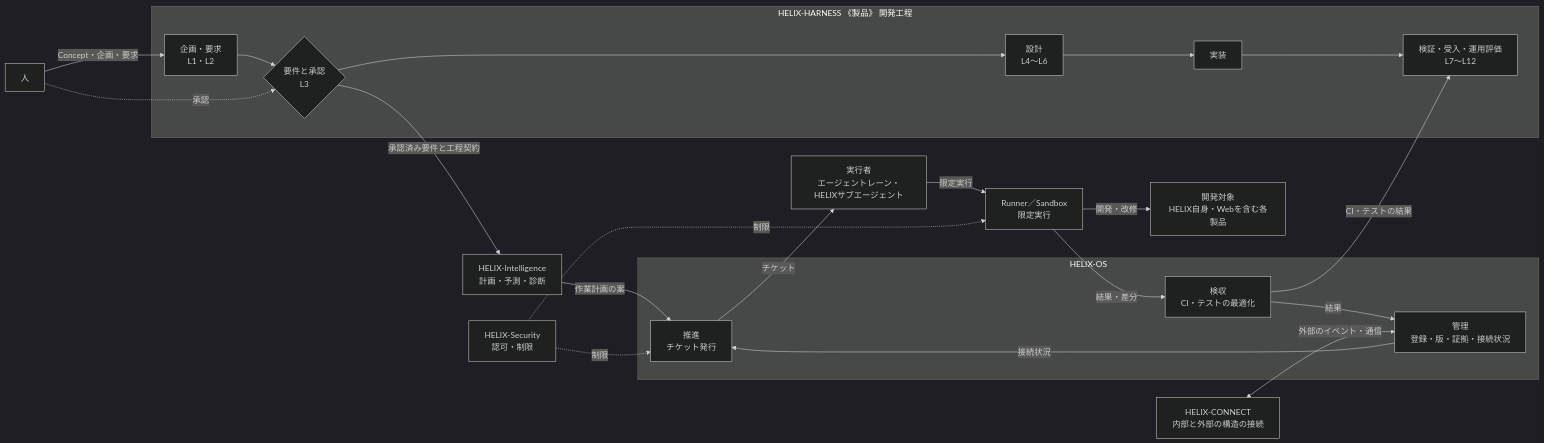
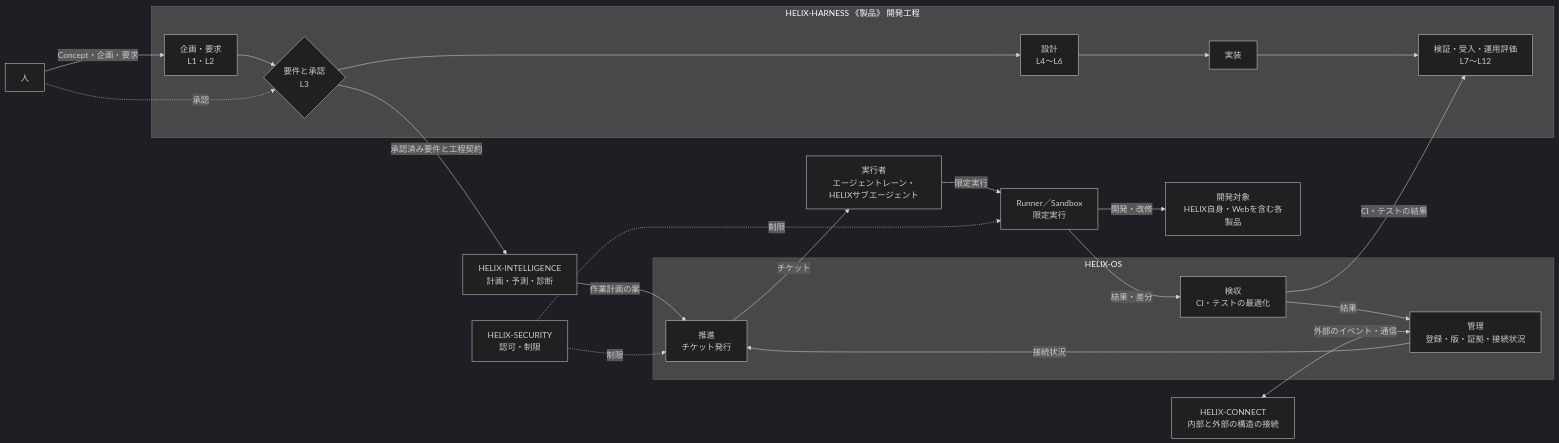
One commit to RetryYN/HELIX-HARNESS changed the second of 3 diagrams in docs/concept/helix-concept.md. Above: the diagram before and after it, drawn with Mermaid (dark theme). The commit also changed other lines of this file and 11 other files, not shown here.

````diff
--- a/docs/concept/helix-concept.md
+++ b/docs/concept/helix-concept.md
@@ -120,40 +120,40 @@
 ```mermaid
 flowchart LR
     Human["人"]
 
     subgraph PROC["HELIX-HARNESS 《製品》 開発工程"]
         REQ["企画・要求<br/>L1・L2"]
         APP{"要件と承認<br/>L3"}
         DES["設計<br/>L4〜L6"]
         IMP["実装"]
         VER["検証・受入・運用評価<br/>L7〜L12"]
         REQ --> APP --> DES --> IMP --> VER
     end
 
-    INTF["HELIX-Intelligence<br/>計画・予測・診断"]
+    INTF["HELIX-INTELLIGENCE<br/>計画・予測・診断"]
     subgraph OSG["HELIX-OS"]
         MGMT["管理<br/>登録・版・証拠・接続状況"]
         PROM["推進<br/>チケット発行"]
         ACC["検収<br/>CI・テストの最適化"]
     end
     LANES["実行者<br/>エージェントレーン・HELIXサブエージェント"]
-    SEC["HELIX-Security<br/>認可・制限"]
+    SEC["HELIX-SECURITY<br/>認可・制限"]
     RUNNER["Runner／Sandbox<br/>限定実行"]
     CONNECT["HELIX-CONNECT<br/>内部と外部の構造の接続"]
     Targets["開発対象<br/>HELIX自身・Webを含む各製品"]
 
     Human -->|Concept・企画・要求| REQ
     Human -.->|承認| APP
     APP -->|承認済み要件と工程契約| INTF
     INTF -->|作業計画の案| PROM
     MGMT -->|接続状況| PROM
     PROM -->|チケット| LANES
     LANES -->|限定実行| RUNNER
     RUNNER -->|開発・改修| Targets
     RUNNER -->|結果・差分| ACC
     ACC -->|CI・テストの結果| VER
     ACC -->|結果| MGMT
     SEC -.->|制限| PROM
     SEC -.->|制限| RUNNER
     CONNECT <-->|外部のイベント・通信| MGMT
 ```
````
